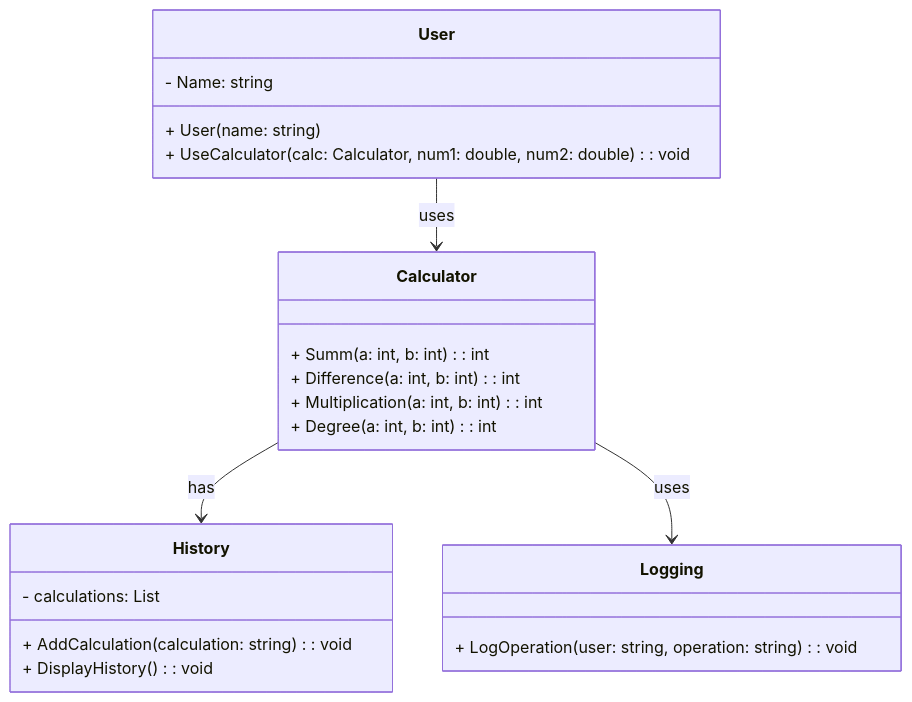
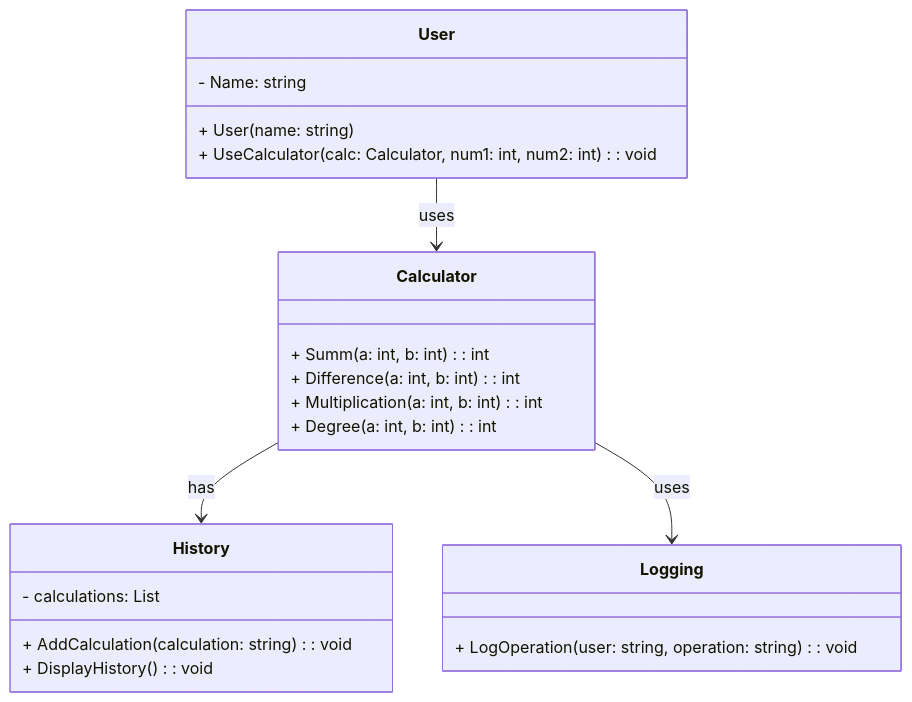
Before and after one commit to MihailMizinov/UnitTest: the diagram in README.md, drawn with Mermaid.

````diff
--- a/README.md
+++ b/README.md
@@ -1,30 +1,30 @@
 ```mermaid
 classDiagram
 class Calculator {
 + Summ(a: int, b: int): int
 + Difference(a: int, b: int): int
 + Multiplication(a: int, b: int): int
 + Degree(a: int, b: int): int
 }
 
 class User {
 - Name: string
 + User(name: string)
-+ UseCalculator(calc: Calculator, num1: double, num2: double): void
++ UseCalculator(calc: Calculator, num1: int, num2: int): void
 }
 
 class History {
 - calculations: List<string>
 + AddCalculation(calculation: string): void
 + DisplayHistory(): void
 }
 
 class Logging {
 + LogOperation(user: string, operation: string): void
 }
 
 
 User  -->  Calculator : uses
 Calculator  -->  History : has
 Calculator  -->  Logging : uses
 ```
````
